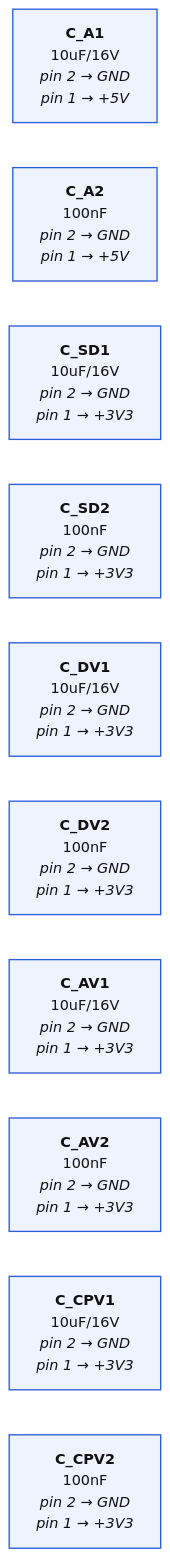
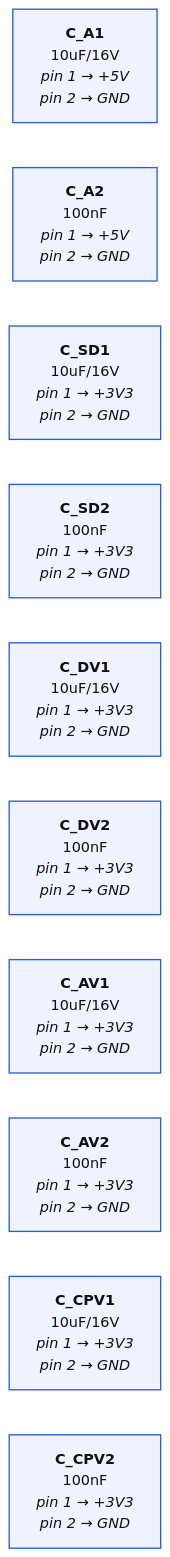
The fourth of 4 diagrams in hardware/pro/sheets/04-audio.diagram.md (mrwillson2u/propmesh), drawn with Mermaid before and after one commit. The commit also changed other lines of this file and 44 other files, not shown here.

````diff
--- a/hardware/pro/sheets/04-audio.diagram.md
+++ b/hardware/pro/sheets/04-audio.diagram.md
@@ -171,20 +171,20 @@
 ```mermaid
 graph LR
   classDef part fill:#eef3ff,stroke:#2b5fd9,stroke-width:1.5px,color:#111
   classDef net fill:#fff8e1,stroke:#b7791f,color:#111
   classDef rail fill:#ffe0b2,stroke:#e65100,stroke-width:3px,color:#111,font-weight:bold
   classDef badnet fill:#ffe0e0,stroke:#c00,stroke-width:3px,color:#111,font-weight:bold
   classDef absent fill:#fff,stroke:#c00,stroke-width:2px,stroke-dasharray:6 4,color:#c00
   classDef extra fill:#ffecec,stroke:#c00,stroke-width:2px,color:#111
   classDef dnp fill:#f5f5f5,stroke:#999,stroke-dasharray:3 3,color:#666
-  P_C_A1["<b>C_A1</b><br/>10uF/16V<br/><i>pin 2 → GND</i><br/><i>pin 1 → +5V</i>"]:::part
-  P_C_A2["<b>C_A2</b><br/>100nF<br/><i>pin 2 → GND</i><br/><i>pin 1 → +5V</i>"]:::part
-  P_C_SD1["<b>C_SD1</b><br/>10uF/16V<br/><i>pin 2 → GND</i><br/><i>pin 1 → +3V3</i>"]:::part
-  P_C_SD2["<b>C_SD2</b><br/>100nF<br/><i>pin 2 → GND</i><br/><i>pin 1 → +3V3</i>"]:::part
-  P_C_DV1["<b>C_DV1</b><br/>10uF/16V<br/><i>pin 2 → GND</i><br/><i>pin 1 → +3V3</i>"]:::part
-  P_C_DV2["<b>C_DV2</b><br/>100nF<br/><i>pin 2 → GND</i><br/><i>pin 1 → +3V3</i>"]:::part
-  P_C_AV1["<b>C_AV1</b><br/>10uF/16V<br/><i>pin 2 → GND</i><br/><i>pin 1 → +3V3</i>"]:::part
-  P_C_AV2["<b>C_AV2</b><br/>100nF<br/><i>pin 2 → GND</i><br/><i>pin 1 → +3V3</i>"]:::part
-  P_C_CPV1["<b>C_CPV1</b><br/>10uF/16V<br/><i>pin 2 → GND</i><br/><i>pin 1 → +3V3</i>"]:::part
-  P_C_CPV2["<b>C_CPV2</b><br/>100nF<br/><i>pin 2 → GND</i><br/><i>pin 1 → +3V3</i>"]:::part
+  P_C_A1["<b>C_A1</b><br/>10uF/16V<br/><i>pin 1 → +5V</i><br/><i>pin 2 → GND</i>"]:::part
+  P_C_A2["<b>C_A2</b><br/>100nF<br/><i>pin 1 → +5V</i><br/><i>pin 2 → GND</i>"]:::part
+  P_C_SD1["<b>C_SD1</b><br/>10uF/16V<br/><i>pin 1 → +3V3</i><br/><i>pin 2 → GND</i>"]:::part
+  P_C_SD2["<b>C_SD2</b><br/>100nF<br/><i>pin 1 → +3V3</i><br/><i>pin 2 → GND</i>"]:::part
+  P_C_DV1["<b>C_DV1</b><br/>10uF/16V<br/><i>pin 1 → +3V3</i><br/><i>pin 2 → GND</i>"]:::part
+  P_C_DV2["<b>C_DV2</b><br/>100nF<br/><i>pin 1 → +3V3</i><br/><i>pin 2 → GND</i>"]:::part
+  P_C_AV1["<b>C_AV1</b><br/>10uF/16V<br/><i>pin 1 → +3V3</i><br/><i>pin 2 → GND</i>"]:::part
+  P_C_AV2["<b>C_AV2</b><br/>100nF<br/><i>pin 1 → +3V3</i><br/><i>pin 2 → GND</i>"]:::part
+  P_C_CPV1["<b>C_CPV1</b><br/>10uF/16V<br/><i>pin 1 → +3V3</i><br/><i>pin 2 → GND</i>"]:::part
+  P_C_CPV2["<b>C_CPV2</b><br/>100nF<br/><i>pin 1 → +3V3</i><br/><i>pin 2 → GND</i>"]:::part
 ```
````
